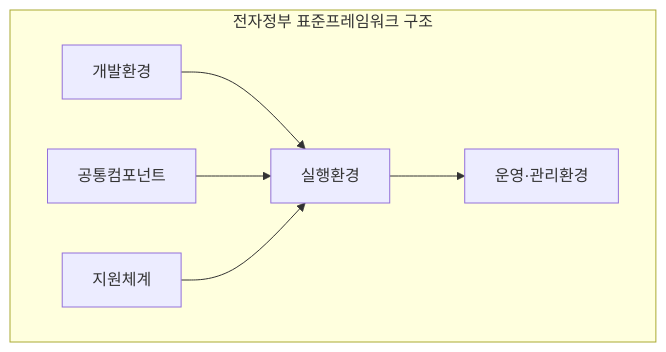
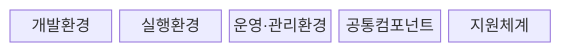
The first of 2 diagrams in src/content/docs/notes/07-law-policy/045_egovernment_standard_framework.md (agnusdei1207/knowledge-base), drawn with Mermaid before and after one commit. The commit also changed other lines of this file and 5 other files, not shown here.

````diff
--- a/src/content/docs/notes/07-law-policy/045_egovernment_standard_framework.md
+++ b/src/content/docs/notes/07-law-policy/045_egovernment_standard_framework.md
@@ -50,9 +50,9 @@
 ```mermaid
-flowchart TD
-    subgraph EGF[전자정부 표준프레임워크 구조]
-        D[개발환경] --> R[실행환경]
-        R --> O[운영·관리환경]
-        C[공통컴포넌트] --> R
-        S[지원체계] --> R
-    end
+block-beta
+    columns 5
+    D["개발환경"]
+    R["실행환경"]
+    O["운영·관리환경"]
+    C["공통컴포넌트"]
+    S["지원체계"]
 ```
````
